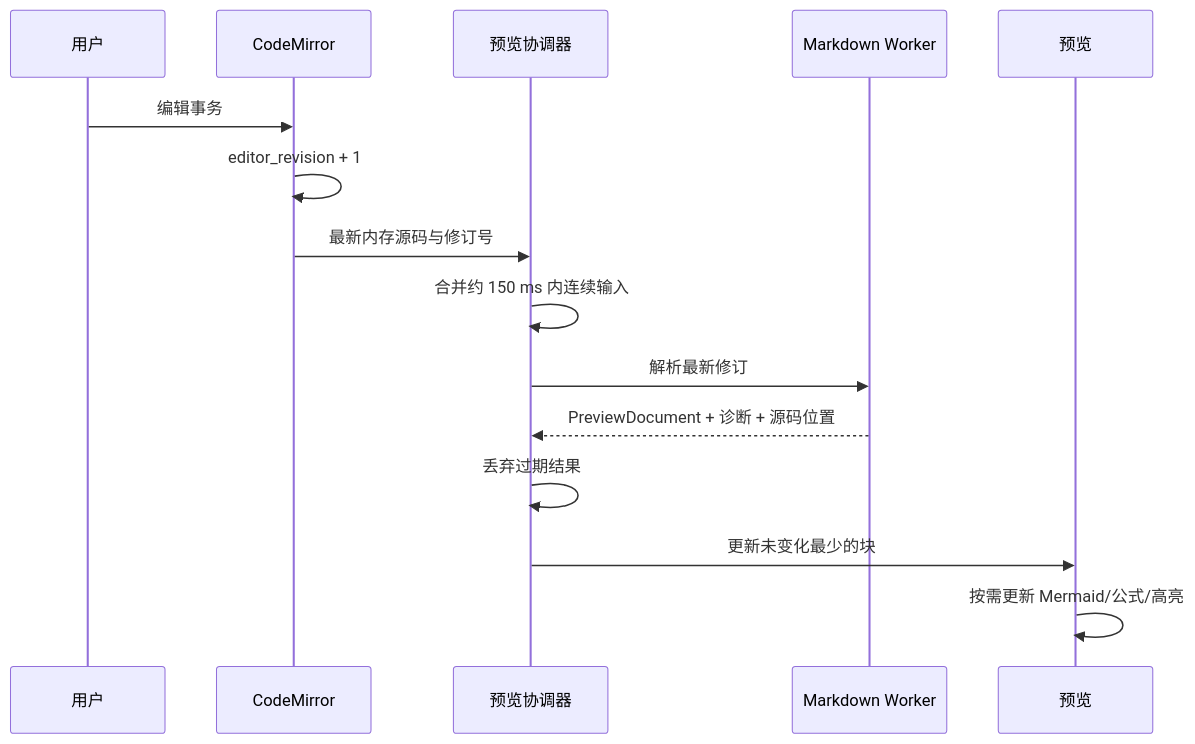
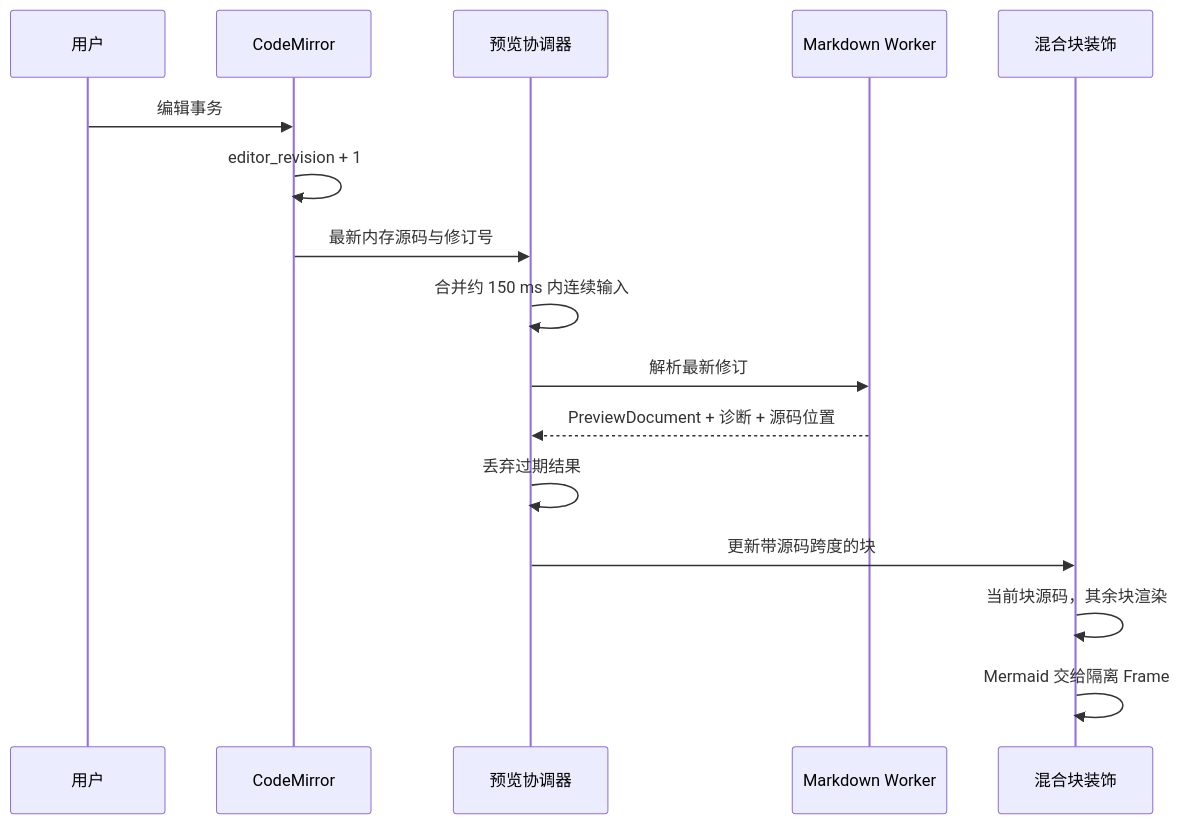
The third of 3 diagrams in tools/practice_tool/docs/architecture/product/markdown_editing_and_live_preview.md (FormingSystem/linux_note), drawn with Mermaid before and after one commit. The commit also changed other lines of this file and 92 other files, not shown here.

````diff
--- a/tools/practice_tool/docs/architecture/product/markdown_editing_and_live_preview.md
+++ b/tools/practice_tool/docs/architecture/product/markdown_editing_and_live_preview.md
@@ -163,18 +165,19 @@
 ```mermaid
 sequenceDiagram
     participant U as 用户
     participant E as CodeMirror
     participant C as 预览协调器
     participant W as Markdown Worker
-    participant P as 预览
+    participant P as 混合块装饰
 
     U->>E: 编辑事务
     E->>E: editor_revision + 1
     E->>C: 最新内存源码与修订号
     C->>C: 合并约 150 ms 内连续输入
     C->>W: 解析最新修订
     W-->>C: PreviewDocument + 诊断 + 源码位置
     C->>C: 丢弃过期结果
-    C->>P: 更新未变化最少的块
-    P->>P: 按需更新 Mermaid/公式/高亮
+    C->>P: 更新带源码跨度的块
+    P->>P: 当前块源码，其余块渲染
+    P->>P: Mermaid 交给隔离 Frame
 ```
````
